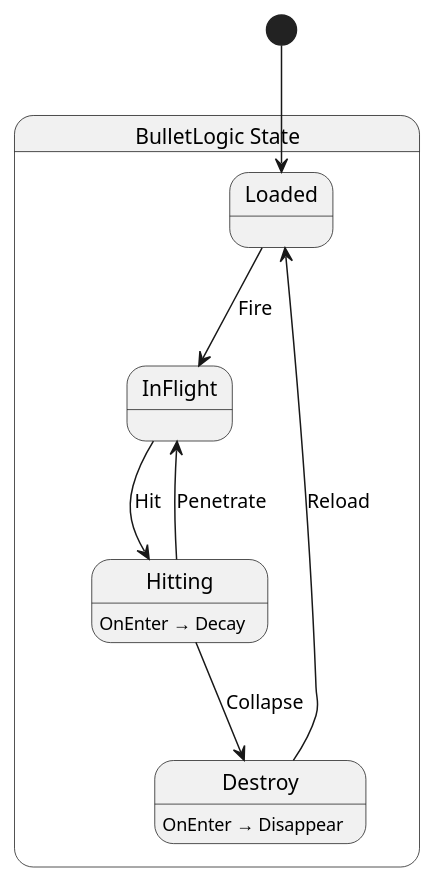
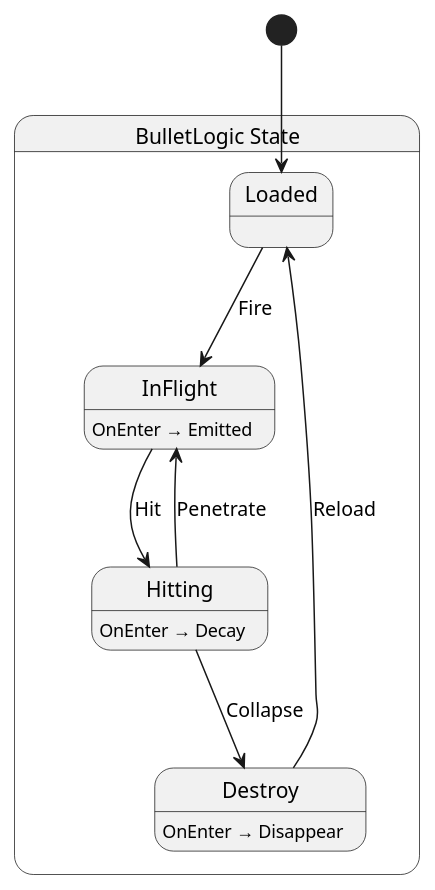
The diagram in src/bullet/state/BulletLogic.g.puml (Ygoat/EternalJourney), drawn with PlantUML before and after one commit. The commit also changed 2 other files, not shown here.

```diff
--- a/src/bullet/state/BulletLogic.g.puml
+++ b/src/bullet/state/BulletLogic.g.puml
@@ -1,19 +1,20 @@
 @startuml BulletLogic
 state "BulletLogic State" as EternalJourney_App_State_BulletLogic_State {
   state "Loaded" as EternalJourney_App_State_BulletLogic_State_Loaded
   state "InFlight" as EternalJourney_App_State_BulletLogic_State_InFlight
   state "Hitting" as EternalJourney_App_State_BulletLogic_State_Hitting
   state "Destroy" as EternalJourney_App_State_BulletLogic_State_Destroy
 }
 
 EternalJourney_App_State_BulletLogic_State_Destroy --> EternalJourney_App_State_BulletLogic_State_Loaded : Reload
 EternalJourney_App_State_BulletLogic_State_Hitting --> EternalJourney_App_State_BulletLogic_State_Destroy : Collapse
 EternalJourney_App_State_BulletLogic_State_Hitting --> EternalJourney_App_State_BulletLogic_State_InFlight : Penetrate
 EternalJourney_App_State_BulletLogic_State_InFlight --> EternalJourney_App_State_BulletLogic_State_Hitting : Hit
 EternalJourney_App_State_BulletLogic_State_Loaded --> EternalJourney_App_State_BulletLogic_State_InFlight : Fire
 
 EternalJourney_App_State_BulletLogic_State_Destroy : OnEnter → Disappear
 EternalJourney_App_State_BulletLogic_State_Hitting : OnEnter → Decay
+EternalJourney_App_State_BulletLogic_State_InFlight : OnEnter → Emitted
 
 [*] --> EternalJourney_App_State_BulletLogic_State_Loaded
 @enduml
```
